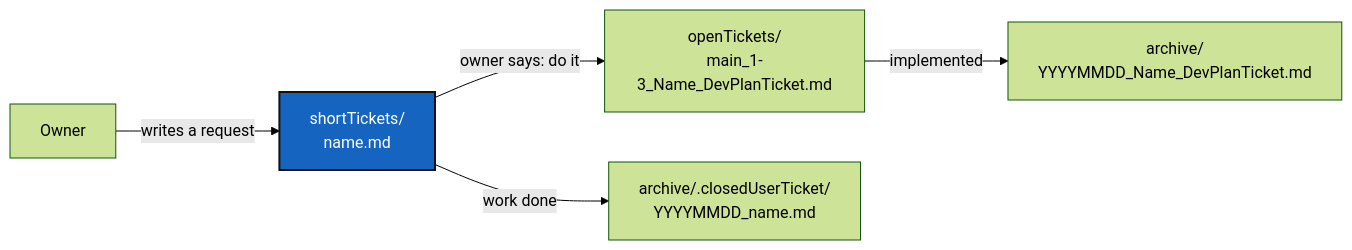
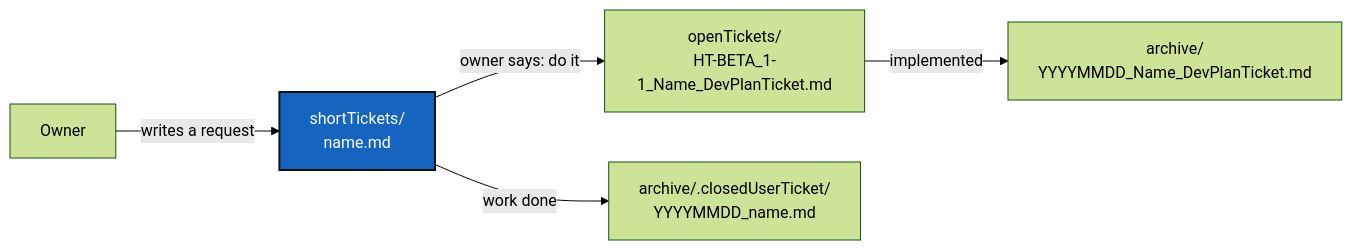
The diagram in DevTickets/README.md (flipoyo/.dev), drawn with Mermaid (forest theme) before and after one commit. The commit also changed other lines of this file and 336 other files, not shown here.

````diff
--- a/DevTickets/README.md
+++ b/DevTickets/README.md
@@ -40,10 +35,10 @@
 ```mermaid
 graph LR
     U["Owner"] -->|writes a request| S["shortTickets/<br/>name.md"]
-    S -->|"owner says: do it"| O["openTickets/<br/>main_1-3_Name_DevPlanTicket.md"]
+    S -->|"owner says: do it"| O["openTickets/<br/>HT-BETA_1-1_Name_DevPlanTicket.md"]
     S -->|"work done"| C["archive/.closedUserTicket/<br/>YYYYMMDD_name.md"]
     O -->|implemented| A["archive/<br/>YYYYMMDD_Name_DevPlanTicket.md"]
 
     classDef here fill:#1565C0,color:#fff,stroke:#111,stroke-width:2px;
     class S here;
 ```
````
